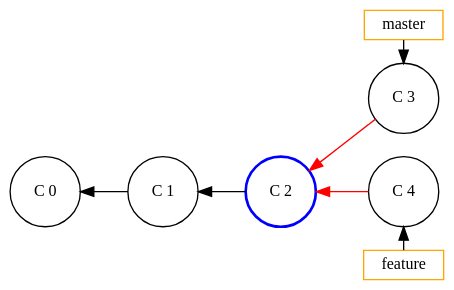
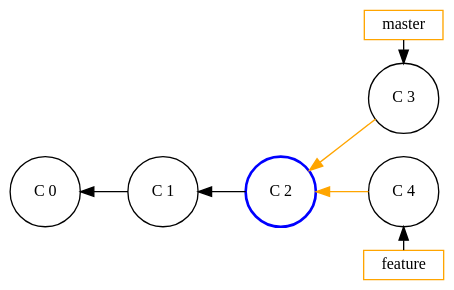
The diagram in slides/intro/src/docs/asciidoc/graphviz/git-rebase-1.dot (Gepardec/git-training), drawn with Graphviz before and after one commit. The commit also changed 8 other files, not shown here.

```diff
--- a/slides/intro/src/docs/asciidoc/graphviz/git-rebase-1.dot
+++ b/slides/intro/src/docs/asciidoc/graphviz/git-rebase-1.dot
@@ -1,37 +1,37 @@
 digraph git_merge_fast_fwd {
     splines=line
     rankdir=LR
     bgcolor=transparent
 
     node[height=0.3, shape=rect,fontsize=12.0, style="", color=orange]
     edge[dir=back, style=""]
     master [label="master"]
     feature [label="feature"]
 
     node[shape=circle,fontsize=12.0, style="", color=""]
     edge[dir=back, style=""]
 
     c_0 [label="C 0", group=master]
     c_1 [label="C 1", group=master]
     c_3 [label="C 3", group=branch]
     c_4 [label="C 4", group=master]
 
     /* Marked nodes */
     node[color=blue, style=bold]
     c_2 [label="C 2", group=master]
 
     edge[style=""]
     c_0 -> c_1 -> c_2
-    edge[color=red]
+    edge[color=orange]
     c_2 -> c_4
     c_2 -> c_3
 
     edge[color=""]
     master -> c_3 [dir=""]
     c_4 -> feature
 
 
     {rank=same; master c_3}
     {rank=same; c_4 feature}
 
 }
```
